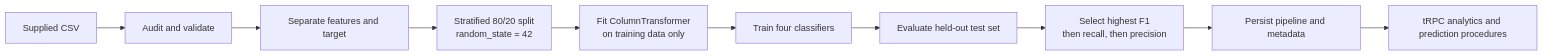
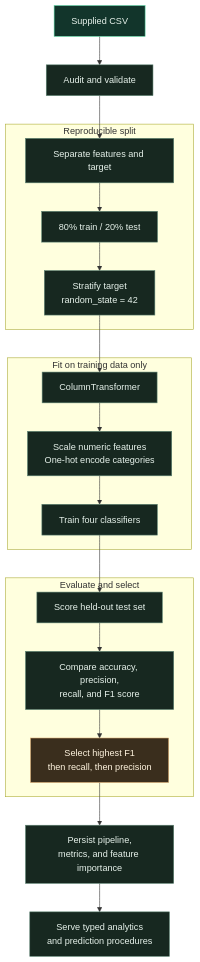
One commit to Nishanttxx/churn-prediction changed the diagram in README.md. Above: the diagram before and after it, drawn with Mermaid. The commit also changed 1 other file, not shown here.

Commit message:
Checkpoint: Fixed the README Mermaid training workflow by replacing the compressed left-to-right strip with a vertical, phase-grouped responsive flowchart. The diagram was rendered locally at 1248×5668 and visually inspected for readable spacing and labels. TODO is fully updated.

````diff
--- a/README.md
+++ b/README.md
@@ -66,12 +66,32 @@
 ```mermaid
-flowchart LR
+flowchart TD
     A[Supplied CSV] --> B[Audit and validate]
     B --> C[Separate features and target]
-    C --> D[Stratified 80/20 split\nrandom_state = 42]
-    D --> E[Fit ColumnTransformer\non training data only]
-    E --> F[Train four classifiers]
-    F --> G[Evaluate held-out test set]
-    G --> H[Select highest F1\nthen recall, then precision]
-    H --> I[Persist pipeline and metadata]
-    I --> J[tRPC analytics and prediction procedures]
+
+    subgraph SPLIT[Reproducible split]
+        C --> D[80% train / 20% test]
+        D --> E[Stratify target<br/>random_state = 42]
+    end
+
+    subgraph TRAIN[Fit on training data only]
+        E --> F[ColumnTransformer]
+        F --> G[Scale numeric features<br/>One-hot encode categories]
+        G --> H[Train four classifiers]
+    end
+
+    subgraph EVALUATE[Evaluate and select]
+        H --> I[Score held-out test set]
+        I --> J[Compare accuracy, precision,<br/>recall, and F1 score]
+        J --> K[Select highest F1<br/>then recall, then precision]
+    end
+
+    K --> L[Persist pipeline,<br/>metrics, and feature importance]
+    L --> M[Serve typed analytics<br/>and prediction procedures]
+
+    classDef source fill:#12352b,stroke:#56d6a3,color:#e7f2eb;
+    classDef phase fill:#172820,stroke:#5c8372,color:#e7f2eb;
+    classDef decision fill:#3a2e1d,stroke:#d9a86c,color:#fff4df;
+    class A source;
+    class B,C,D,E,F,G,H,I,J,L,M phase;
+    class K decision;
 ```
````
